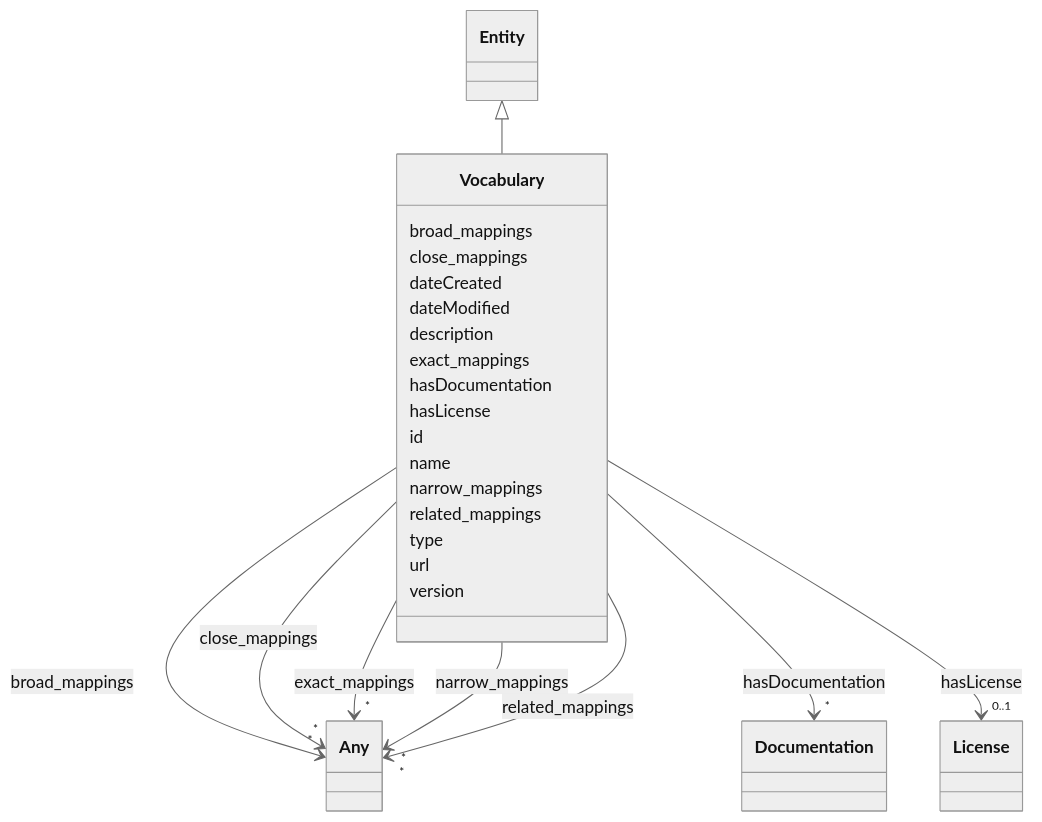
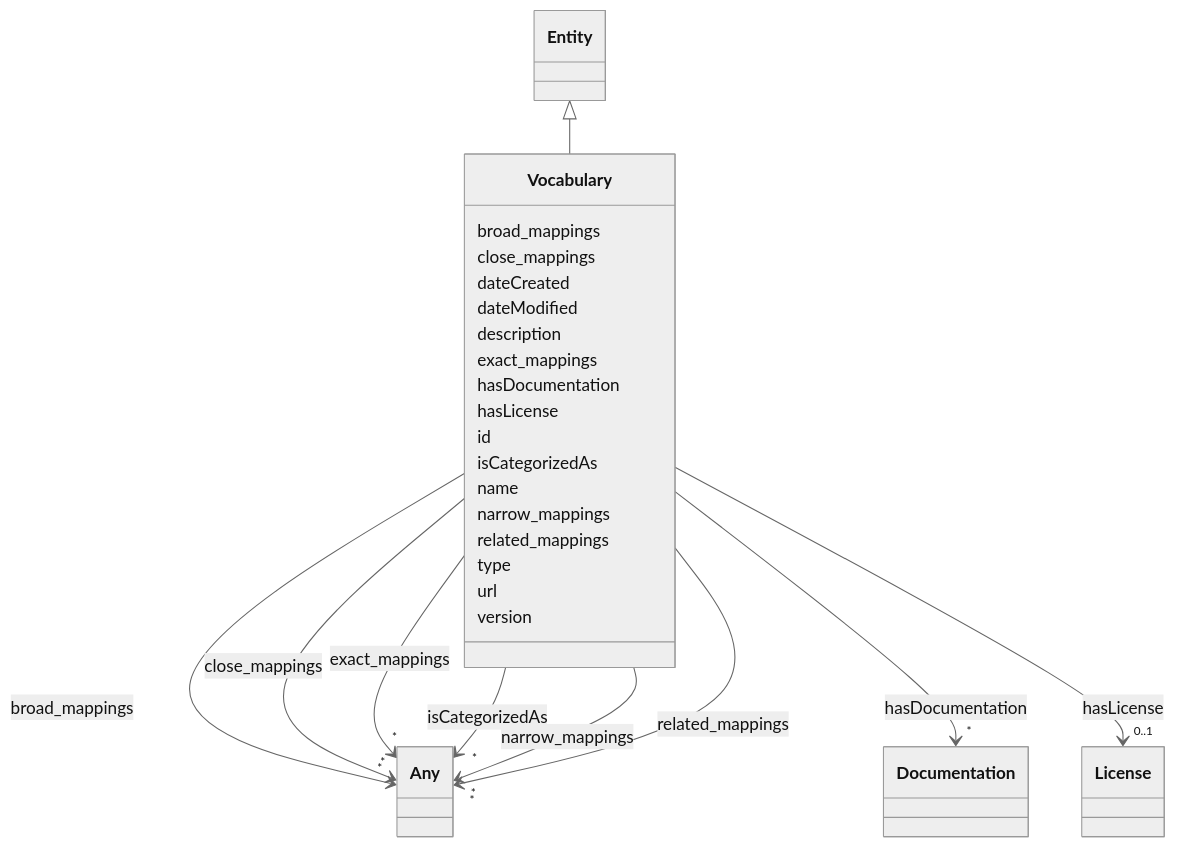
One commit to dhavalsalwala/ai-atlas-nexus-fork changed the diagram in docs/ontology/Vocabulary.md. Above: the diagram before and after it, drawn with Mermaid (neutral theme). The commit also changed other lines of this file and 130 other files, not shown here.

```diff
--- a/docs/ontology/Vocabulary.md
+++ b/docs/ontology/Vocabulary.md
@@ -74,6 +74,17 @@
 
       Vocabulary : id
 
+      Vocabulary : isCategorizedAs
+
+
+
+
+
+        Vocabulary --> "*" Any : isCategorizedAs
+        click Any href "../Any/"
+
+
+
       Vocabulary : name
 
       Vocabulary : narrow_mappings
```
